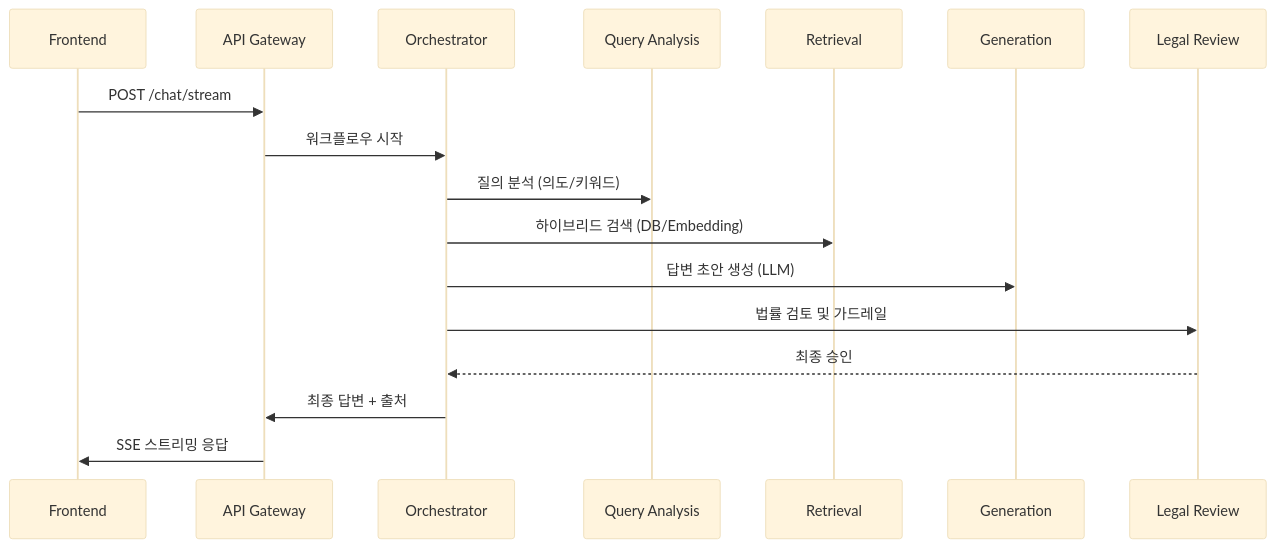
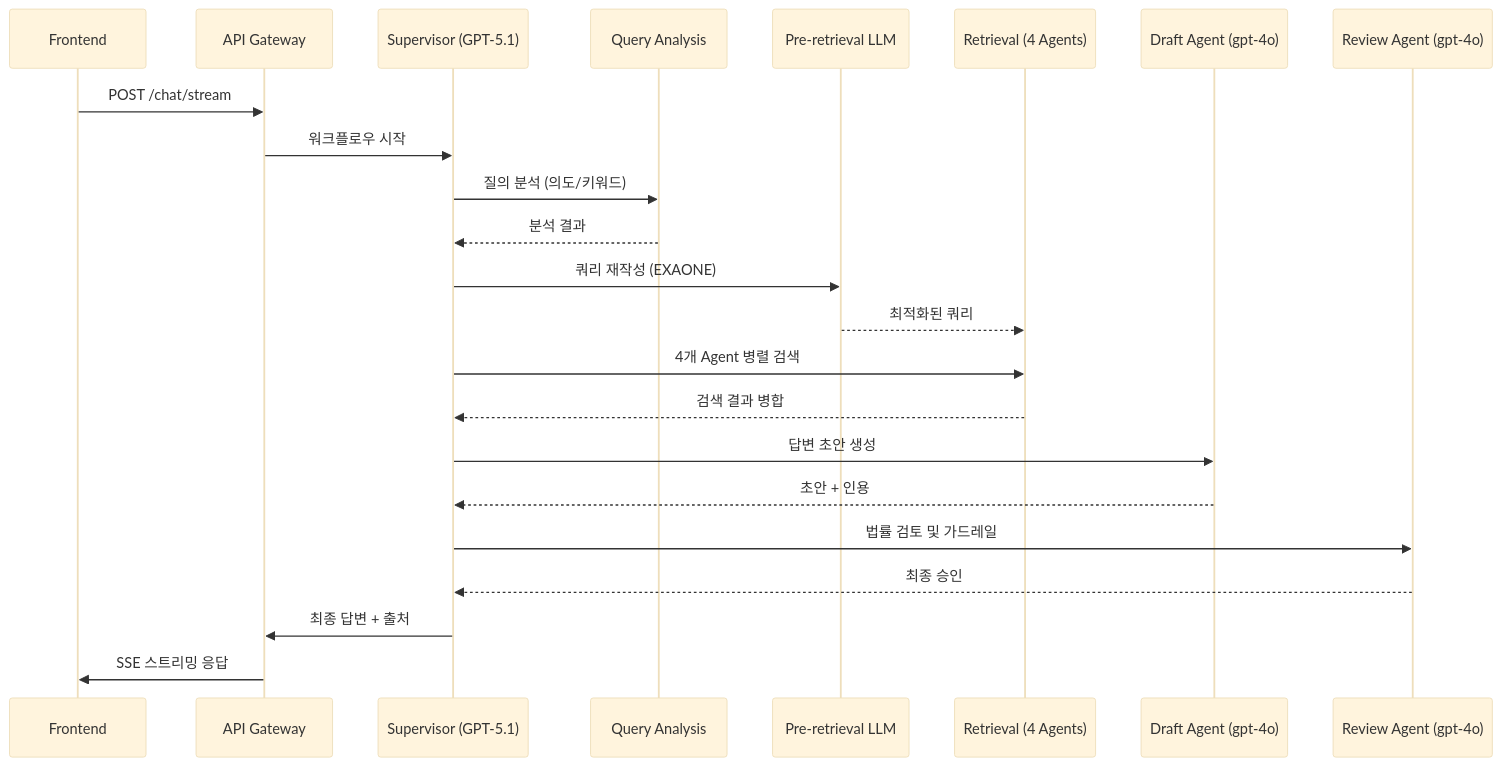
The second of 2 diagrams in README.md (Maroco0109/Ddoksori), drawn with Mermaid (base theme) before and after one commit. The commit also changed other lines of this file and 12 other files, not shown here.

````diff
--- a/README.md
+++ b/README.md
@@ -137,20 +172,26 @@
 ```mermaid
 sequenceDiagram
     participant FE as Frontend
     participant API as API Gateway
-    participant Orch as Orchestrator
+    participant SUP as Supervisor (GPT-5.1)
     participant QA as Query Analysis
-    participant IR as Retrieval
-    participant AG as Generation
-    participant LR as Legal Review
-    
+    participant PRE as Pre-retrieval LLM
+    participant IR as Retrieval (4 Agents)
+    participant AG as Draft Agent (gpt-4o)
+    participant LR as Review Agent (gpt-4o)
+
     FE->>API: POST /chat/stream
-    API->>Orch: 워크플로우 시작
-    Orch->>QA: 질의 분석 (의도/키워드)
-    Orch->>IR: 하이브리드 검색 (DB/Embedding)
-    Orch->>AG: 답변 초안 생성 (LLM)
-    Orch->>LR: 법률 검토 및 가드레일
-    LR-->>Orch: 최종 승인
-    Orch->>API: 최종 답변 + 출처
+    API->>SUP: 워크플로우 시작
+    SUP->>QA: 질의 분석 (의도/키워드)
+    QA-->>SUP: 분석 결과
+    SUP->>PRE: 쿼리 재작성 (EXAONE)
+    PRE-->>IR: 최적화된 쿼리
+    SUP->>IR: 4개 Agent 병렬 검색
+    IR-->>SUP: 검색 결과 병합
+    SUP->>AG: 답변 초안 생성
+    AG-->>SUP: 초안 + 인용
+    SUP->>LR: 법률 검토 및 가드레일
+    LR-->>SUP: 최종 승인
+    SUP->>API: 최종 답변 + 출처
     API->>FE: SSE 스트리밍 응답
 ```
````
